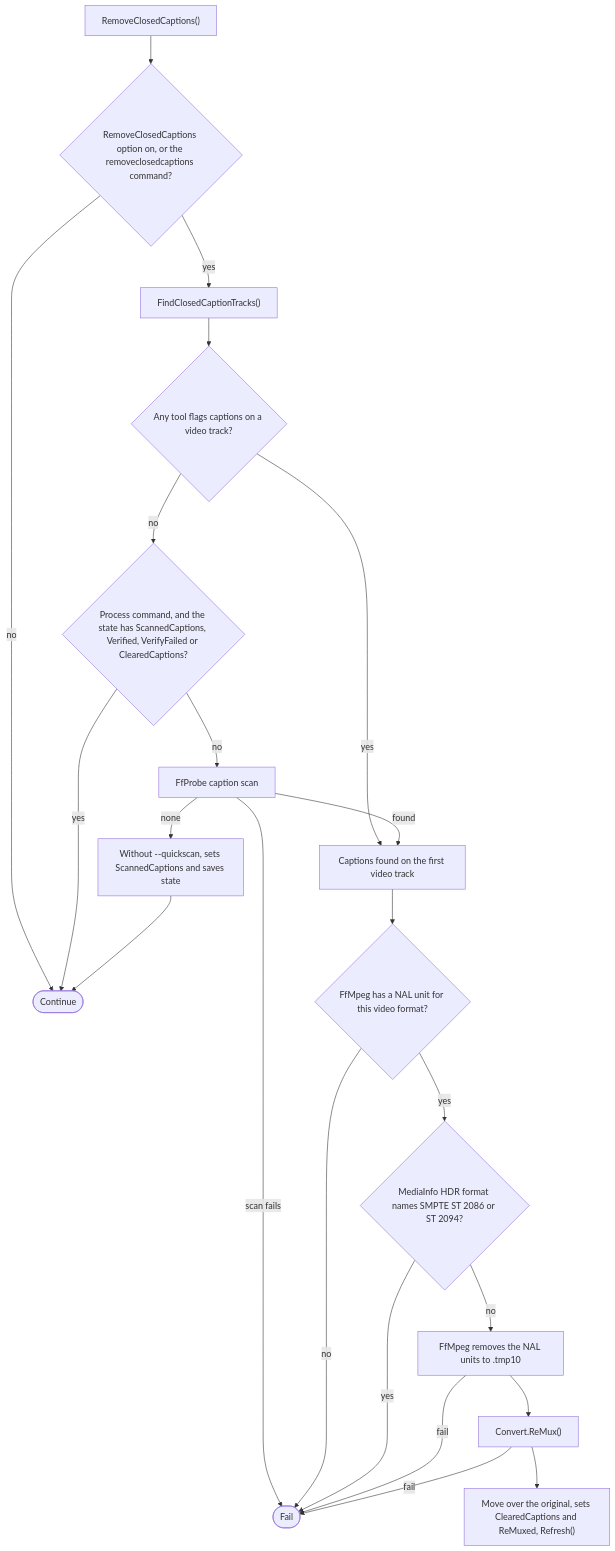
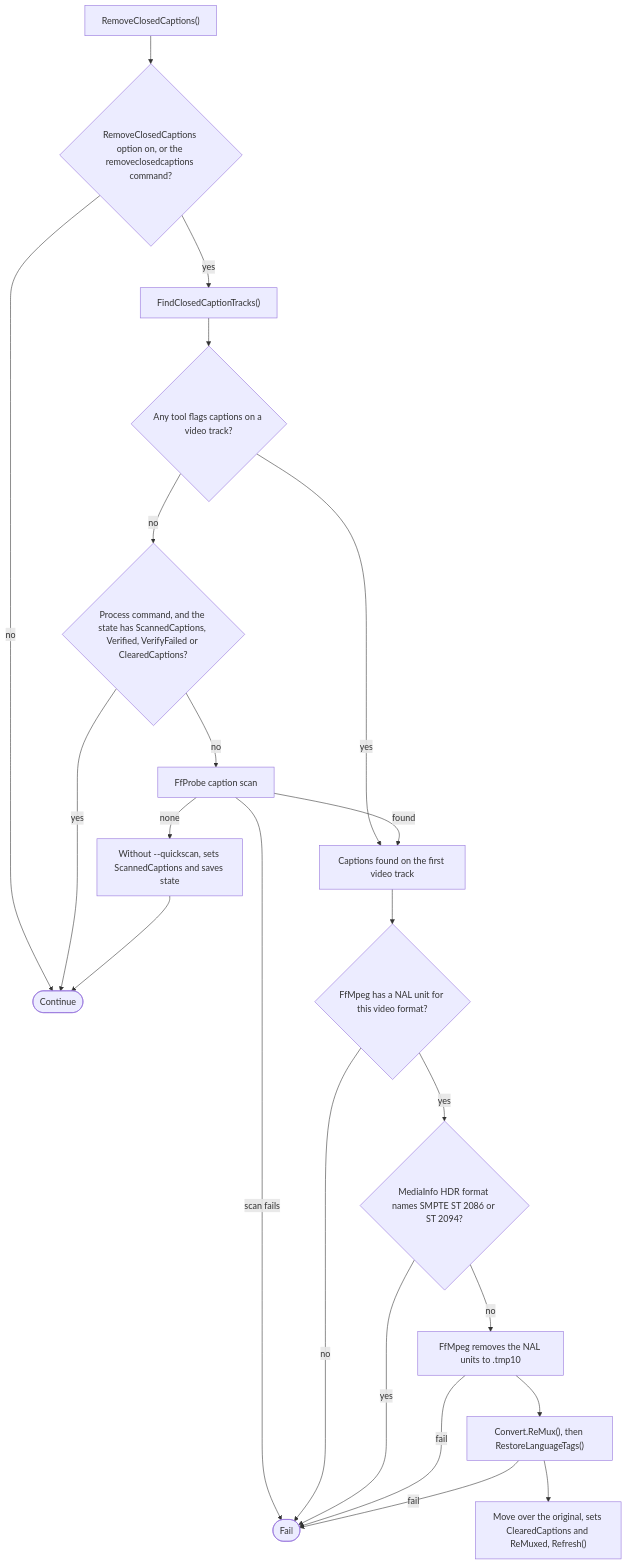
One commit to ptr727/PlexCleaner changed diagram 12 of 20 in ARCHITECTURE.md. Above: the diagram before and after it, drawn with Mermaid. The commit also changed other lines of this file and 6 other files, not shown here.

First line of the commit message:
Restore IETF Language Tags After Every FFmpeg or HandBrake Rewrite

````diff
--- a/ARCHITECTURE.md
+++ b/ARCHITECTURE.md
@@ -594,24 +597,24 @@
 ```mermaid
 flowchart TD
   A0["RemoveClosedCaptions()"] --> A1{"RemoveClosedCaptions option on, or the removeclosedcaptions command?"}
   A1 -->|no| AOK(["Continue"])
   A1 -->|yes| F0["FindClosedCaptionTracks()"]
   F0 --> F1{"Any tool flags captions on a video track?"}
   F1 -->|yes| FOUND
   F1 -->|no| F2{"Process command, and the state has ScannedCaptions, Verified, VerifyFailed or ClearedCaptions?"}
   F2 -->|yes| AOK
   F2 -->|no| F3["FfProbe caption scan"]
   F3 -->|scan fails| FAIL(["Fail"])
   F3 -->|none| F4["Without --quickscan, sets ScannedCaptions and saves state"]
   F4 --> AOK
   F3 -->|found| FOUND["Captions found on the first video track"]
   FOUND --> C1{"FfMpeg has a NAL unit for this video format?"}
   C1 -->|no| FAIL
   C1 -->|yes| C2{"MediaInfo HDR format names SMPTE ST 2086 or ST 2094?"}
   C2 -->|yes| FAIL
   C2 -->|no| C3["FfMpeg removes the NAL units to .tmp10"]
   C3 -->|fail| FAIL
-  C3 --> C4["Convert.ReMux()"]
+  C3 --> C4["Convert.ReMux(), then RestoreLanguageTags()"]
   C4 -->|fail| FAIL
   C4 --> C5["Move over the original, sets ClearedCaptions and ReMuxed, Refresh()"]
 ```
````
